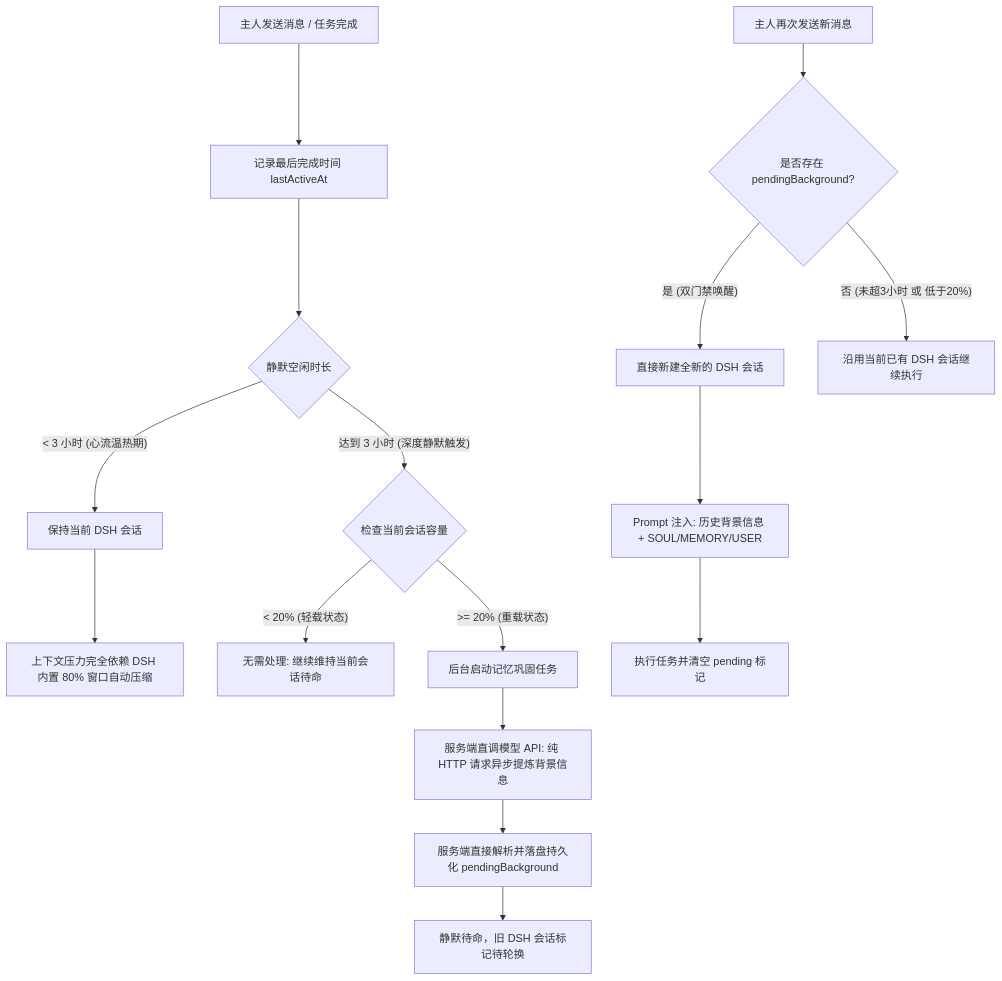
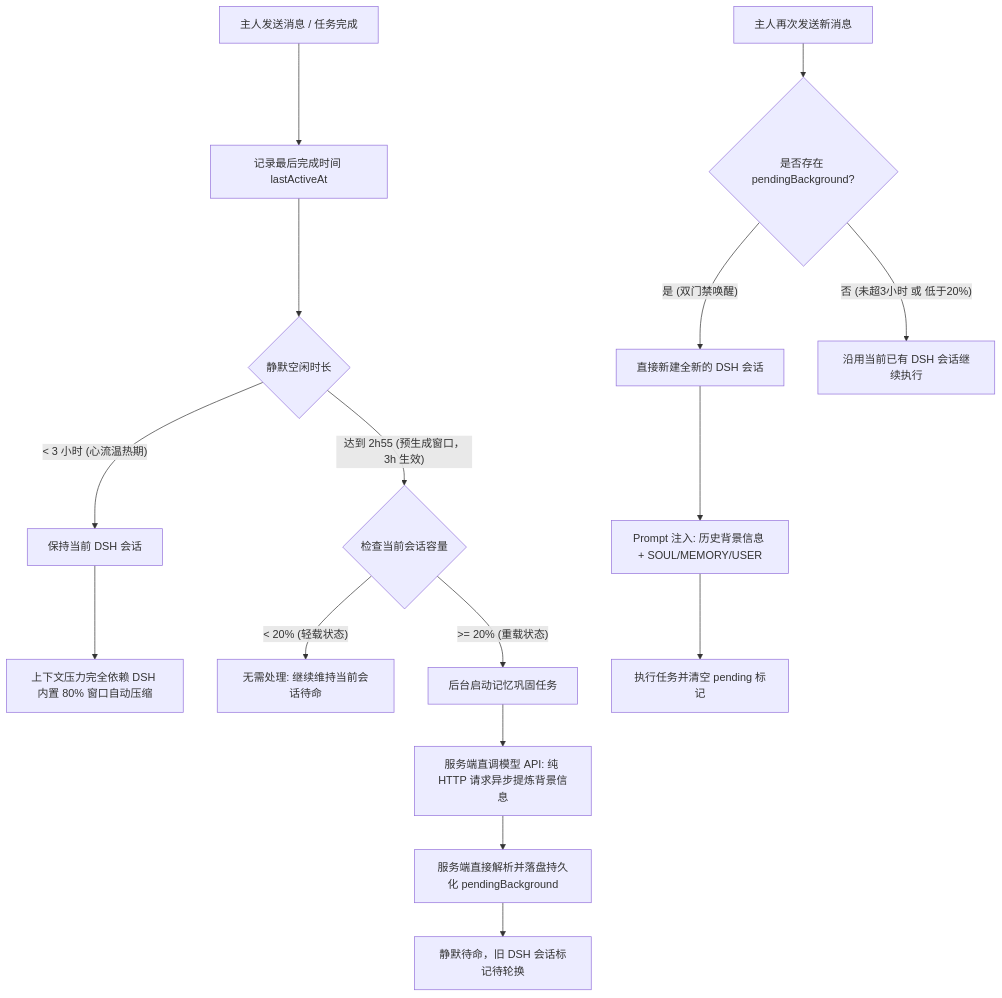
The diagram in docs/服务端/基于人脑记忆模型的会话轮换设计.md (lvtian-bot/lvtian), drawn with Mermaid before and after one commit. The commit also changed other lines of this file and 6 other files, not shown here.

````diff
--- a/docs/服务端/基于人脑记忆模型的会话轮换设计.md
+++ b/docs/服务端/基于人脑记忆模型的会话轮换设计.md
@@ -95,23 +97,23 @@
 ```mermaid
 flowchart TD
     A[主人发送消息 / 任务完成] --> B[记录最后完成时间 lastActiveAt]
     B --> C{静默空闲时长}
     
     C -- "< 3 小时 (心流温热期)" --> D[保持当前 DSH 会话]
     D --> E[上下文压力完全依赖 DSH 内置 80% 窗口自动压缩]
     
-    C -- "达到 3 小时 (深度静默触发)" --> F{检查当前会话容量}
+    C -- "达到 2h55 (预生成窗口，3h 生效)" --> F{检查当前会话容量}
     F -- "< 20% (轻载状态)" --> G[无需处理: 继续维持当前会话待命]
     F -- ">= 20% (重载状态)" --> H[后台启动记忆巩固任务]
     
     H --> I[服务端直调模型 API: 纯 HTTP 请求异步提炼背景信息]
     I --> J[服务端直接解析并落盘持久化 pendingBackground]
     J --> K[静默待命，旧 DSH 会话标记待轮换]
     
     L[主人再次发送新消息] --> M{是否存在 pendingBackground?}
     M -- "是 (双门禁唤醒)" --> N[直接新建全新的 DSH 会话]
     N --> O[Prompt 注入: 历史背景信息 + SOUL/MEMORY/USER]
     O --> P[执行任务并清空 pending 标记]
     
     M -- "否 (未超3小时 或 低于20%)" --> Q[沿用当前已有 DSH 会话继续执行]
 ```
````
